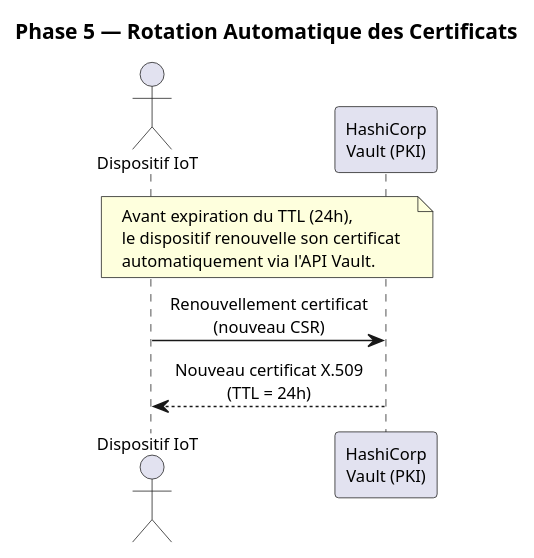
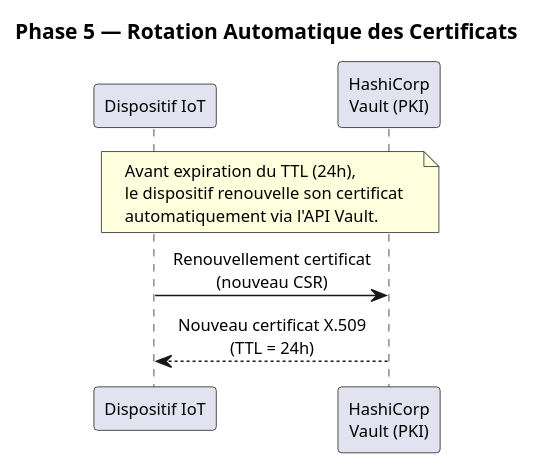
One commit to AmineGhannouchi/PFE-IoT-Security-TT changed the diagram in documentation/rapport4/diagrams/diag-flux-phase5.puml. Above: the diagram before and after it, drawn with PlantUML. The commit also changed 20 other files, not shown here.

Commit message:
refactor: Update diagrams and figures for improved clarity; replace actors with participants and enhance layout

```diff
--- a/documentation/rapport4/diagrams/diag-flux-phase5.puml
+++ b/documentation/rapport4/diagrams/diag-flux-phase5.puml
@@ -1,23 +1,23 @@
 @startuml diag-flux-phase5
 
 skinparam backgroundColor #FFFFFF
 skinparam defaultFontName Arial
 skinparam defaultFontSize 11
 skinparam sequenceMessageAlign center
 skinparam shadowing false
 
 title Phase 5 — Rotation Automatique des Certificats
 
-actor "Dispositif IoT" as DEV
+participant "Dispositif IoT" as DEV
 participant "HashiCorp\nVault (PKI)" as VAULT
 
 note over DEV, VAULT
   Avant expiration du TTL (24h),
   le dispositif renouvelle son certificat
   automatiquement via l'API Vault.
 end note
 
 DEV -> VAULT : Renouvellement certificat\n(nouveau CSR)
 VAULT --> DEV : Nouveau certificat X.509\n(TTL = 24h)
 
 @enduml
```
